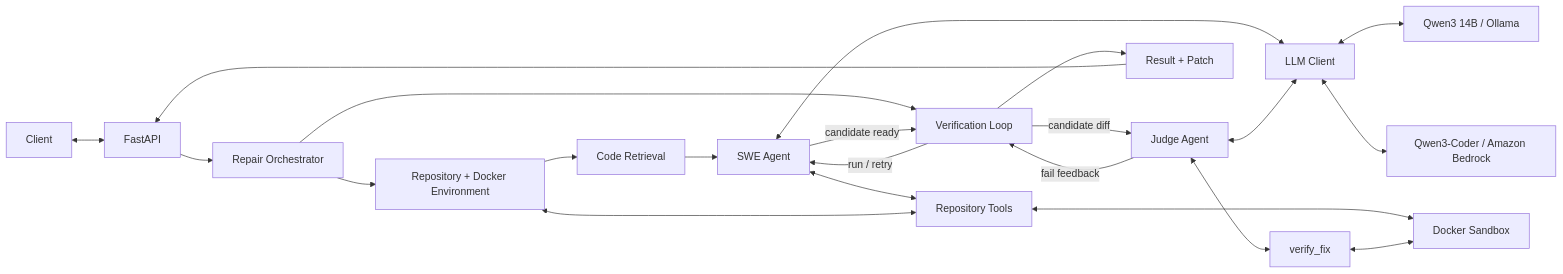
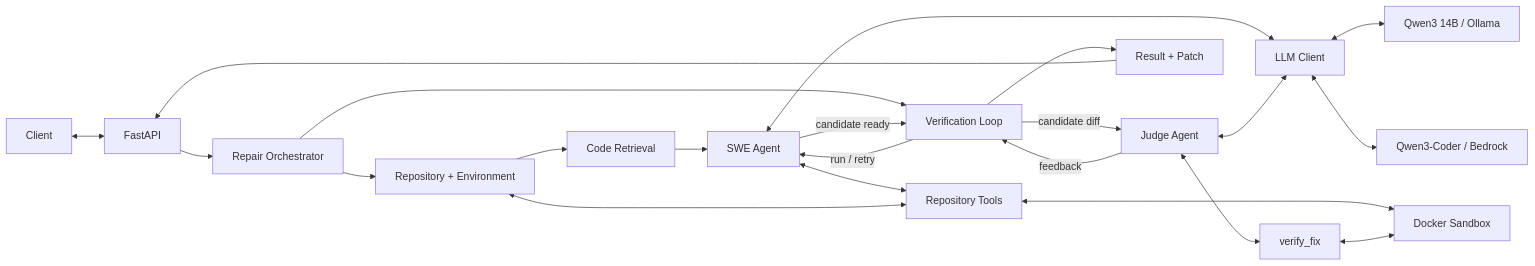
Before and after one commit to mpopov576/swe_agent: the diagram in README.md, drawn with Mermaid. The commit also changed other lines of this file, not shown here.

````diff
--- a/README.md
+++ b/README.md
@@ -26,32 +26,32 @@
 ```mermaid
 flowchart LR
     Client[Client] <--> API[FastAPI]
     API --> Orchestrator[Repair Orchestrator]
 
-    Orchestrator --> Repo[Repository + Docker Environment]
+    Orchestrator --> Repo[Repository + Environment]
     Orchestrator --> Loop[Verification Loop]
 
     Repo --> Context[Code Retrieval]
     Context --> Agent[SWE Agent]
     Loop -->|run / retry| Agent
 
     Agent <--> LLM[LLM Client]
     Judge <--> LLM
 
     LLM <--> Ollama[Qwen3 14B / Ollama]
-    LLM <--> Bedrock[Qwen3-Coder / Amazon Bedrock]
+    LLM <--> Bedrock[Qwen3-Coder / Bedrock]
 
     Agent <--> Tools[Repository Tools]
     Tools <--> Repo
     Tools <--> Docker[Docker Sandbox]
 
     Agent -->|candidate ready| Loop
     Loop -->|candidate diff| Judge[Judge Agent]
 
     Judge <--> Verify[verify_fix]
     Verify <--> Docker
 
-    Judge -->|fail feedback| Loop
+    Judge -->|feedback| Loop
     Loop --> Result[Result + Patch]
     Result --> API
 ```
````
